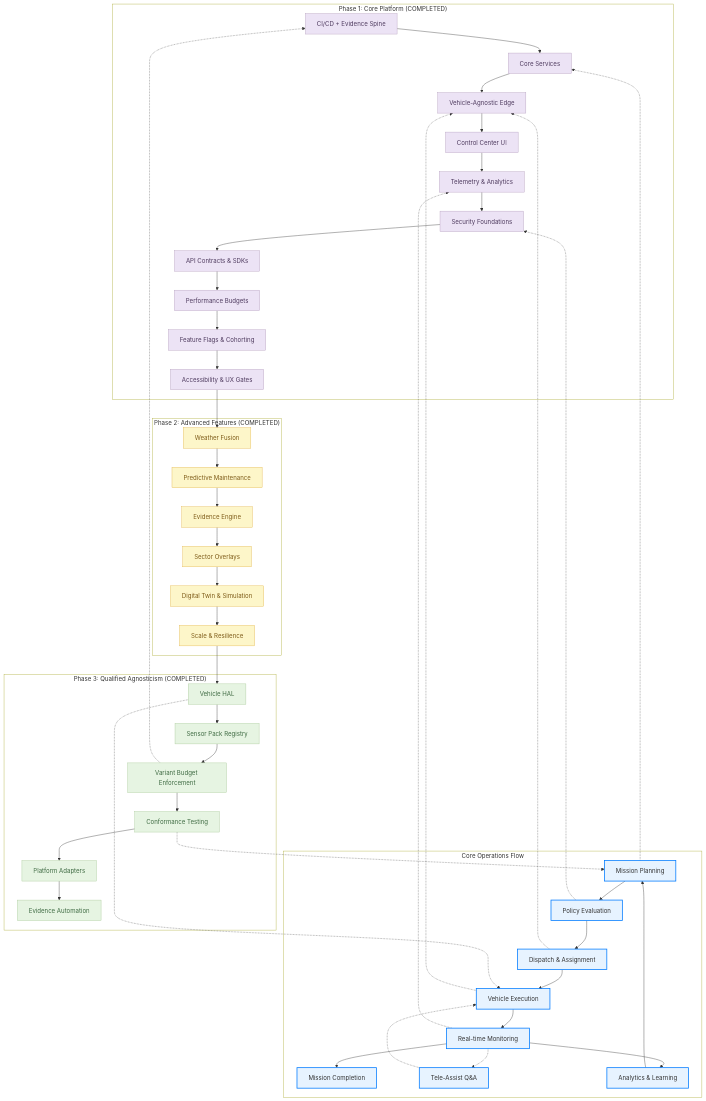
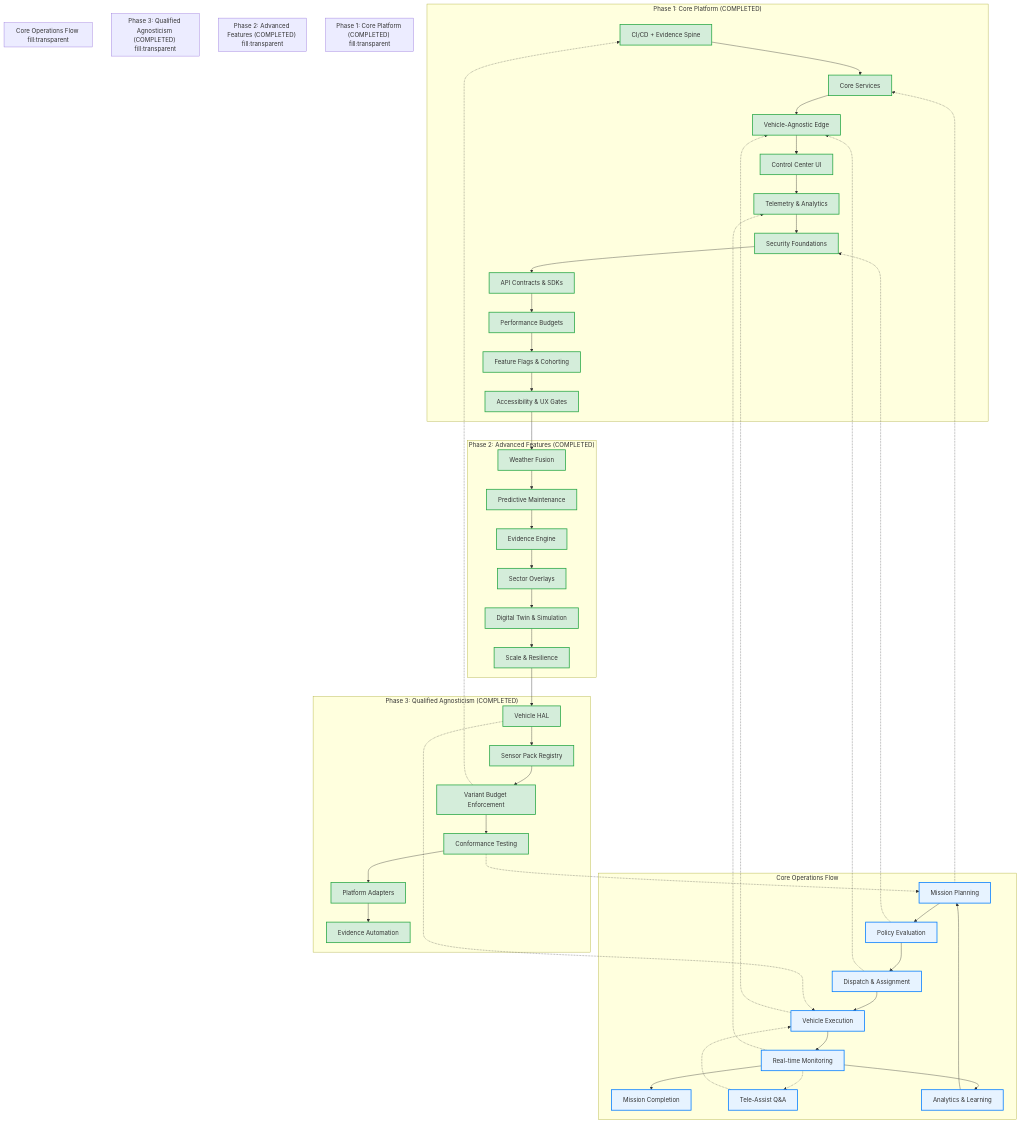
Before and after one commit to suprachakra/AtlasMesh-Fleet-OS: the third of 10 diagrams in README.md, drawn with Mermaid. The commit also changed other lines of this file, not shown here.

````diff
--- a/README.md
+++ b/README.md
@@ -120,73 +204,72 @@
 ```mermaid
 graph TB
     subgraph "Phase 1: Core Platform (COMPLETED)"
         A1[CI/CD + Evidence Spine] --> A2[Core Services]
         A2 --> A3[Vehicle-Agnostic Edge]
         A3 --> A4[Control Center UI]
         A4 --> A5[Telemetry & Analytics]
         A5 --> A6[Security Foundations]
         A6 --> A7[API Contracts & SDKs]
         A7 --> A8[Performance Budgets]
         A8 --> A9[Feature Flags & Cohorting]
         A9 --> A10[Accessibility & UX Gates]
     end
     
     subgraph "Phase 2: Advanced Features (COMPLETED)"
         B1[Weather Fusion] --> B2[Predictive Maintenance]
         B2 --> B3[Evidence Engine]
         B3 --> B4[Sector Overlays]
         B4 --> B5[Digital Twin & Simulation]
         B5 --> B6[Scale & Resilience]
     end
     
     subgraph "Phase 3: Qualified Agnosticism (COMPLETED)"
         D1[Vehicle HAL] --> D2[Sensor Pack Registry]
         D2 --> D3[Variant Budget Enforcement]
         D3 --> D4[Conformance Testing]
         D4 --> D5[Platform Adapters]
         D5 --> D6[Evidence Automation]
     end
     
     subgraph "Core Operations Flow"
         C1[Mission Planning] --> C2[Policy Evaluation]
         C2 --> C3[Dispatch & Assignment]
         C3 --> C4[Vehicle Execution]
         C4 --> C5[Real-time Monitoring]
         C5 --> C6[Mission Completion]
         C5 -.-> C7[Tele-Assist Q&A]
         C7 -.-> C4
         C5 --> C8[Analytics & Learning]
         C8 --> C1
     end
     
     A10 --> B1
     B6 --> D1
     C1 -.-> A2
     C2 -.-> A6
     C3 -.-> A3
     C4 -.-> A3
     C5 -.-> A5
     D1 -.-> C4
     D3 -.-> A1
     D4 -.-> C1
     
-    classDef Phase1 stroke-width:1px, stroke-dasharray:none, stroke:#B39DBC, fill:#ECE3F5, color:#4E3A5E
-    classDef Phase2 stroke-width:1px, stroke-dasharray:none, stroke:#E3B448, fill:#FDF6C9, color:#7D5A17
-    classDef Phase3 stroke-width:1px, stroke-dasharray:none, stroke:#A7C796, fill:#E6F4E2, color:#3E6A42
+    classDef completed fill:#d4edda,stroke:#28a745,stroke-width:2px
+    classDef pending fill:#fff3cd,stroke:#ffc107,stroke-width:2px
     classDef operations fill:#e7f3ff,stroke:#007bff,stroke-width:2px
     
-    class A1,A2,A3,A4,A5,A6,A7,A8,A9,A10 Phase1
-    class B1,B2,B3,B4,B5,B6 Phase2
-    class D1,D2,D3,D4,D5,D6 Phase3
+    class A1,A2,A3,A4,A5,A6,A7,A8,A9,A10 completed
+    class B1,B2,B3,B4,B5,B6 completed
+    class D1,D2,D3,D4,D5,D6 completed
     class C1,C2,C3,C4,C5,C6,C7,C8 operations
-
-    style subGraph1 fill:transparent
-    style subGraph3 fill:transparent
-    style subGraph2 fill:transparent
-    style subGraph0 fill:transparent
-
-    classDef client fill:#e8f5e8,stroke:#1b5e20,stroke-width:2px
-    classDef gateway fill:#e1f5fe,stroke:#01579b,stroke-width:3px
-    classDef service fill:#fff3e0,stroke:#f57c00,stroke-width:2px
-    classDef observability fill:#f3e5f5,stroke:#7b1fa2,stroke-width:2px
+    
+    %% SubGraph styling
+    subgraph "Phase 1: Core Platform (COMPLETED)" fill:transparent
+    end
+    subgraph "Phase 2: Advanced Features (COMPLETED)" fill:transparent
+    end
+    subgraph "Phase 3: Qualified Agnosticism (COMPLETED)" fill:transparent
+    end
+    subgraph "Core Operations Flow" fill:transparent
+    end
 ```
````
